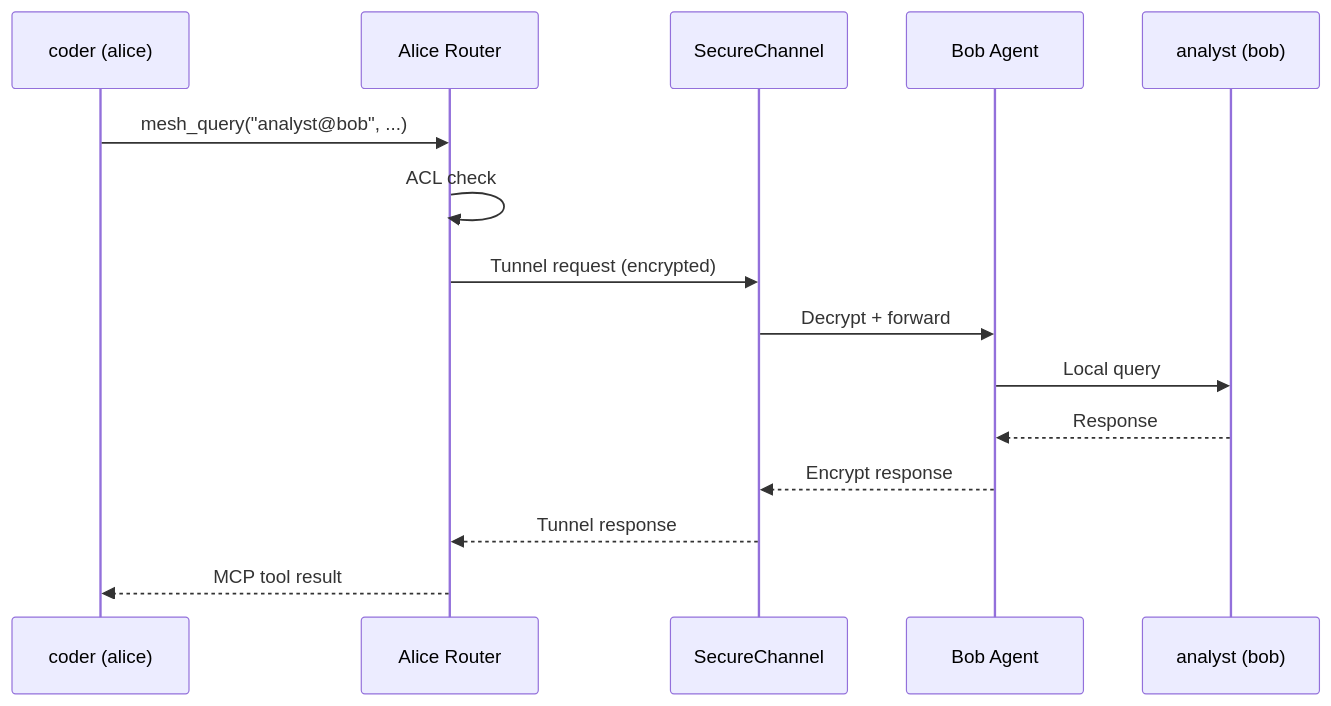
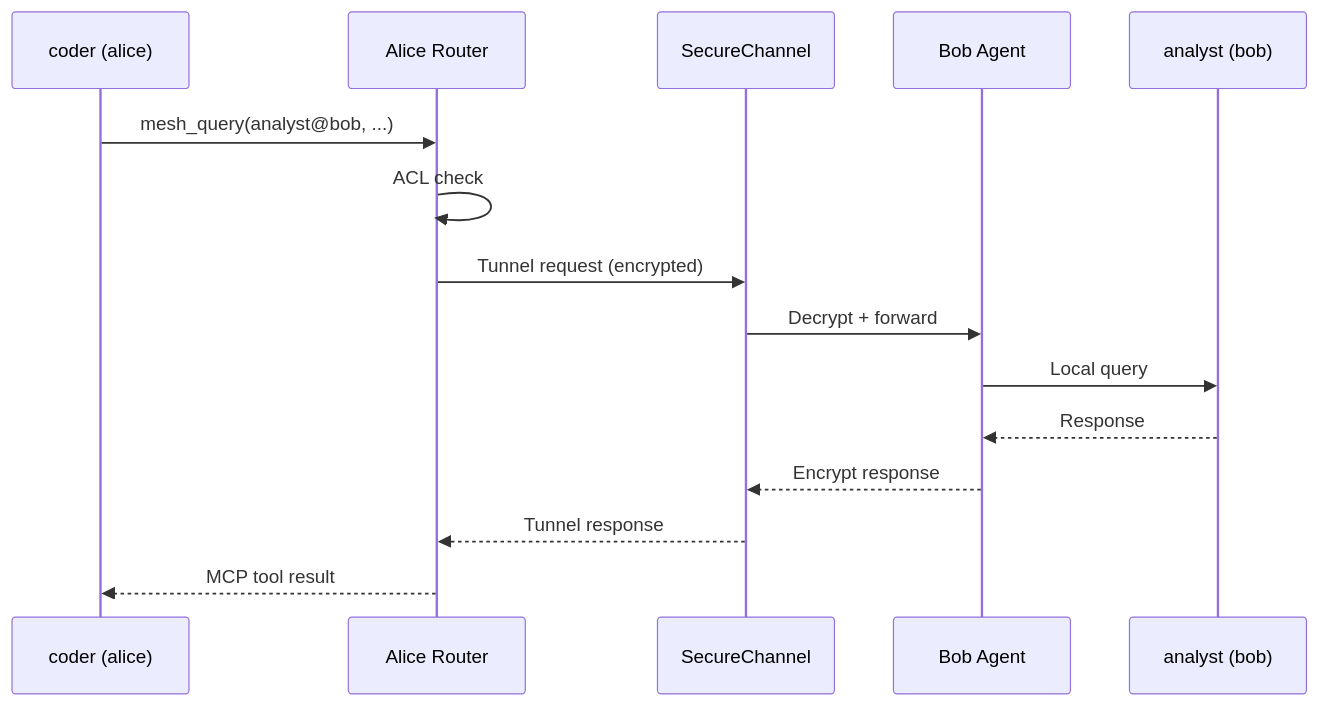
Before and after one commit to johnloveworld2022-ops/mecha.im: the third of 4 diagrams in website/docs/features/mesh-networking.md, drawn with Mermaid. The commit also changed other lines of this file and 16 other files, not shown here.

First line of the commit message:
docs: fix accuracy issues, mermaid v11 syntax, and casa command prefixes

````diff
--- a/website/docs/features/mesh-networking.md
+++ b/website/docs/features/mesh-networking.md
@@ -144,18 +139,18 @@
 ```mermaid
 sequenceDiagram
     participant coder as coder (alice)
     participant router as Alice Router
     participant channel as SecureChannel
     participant agent as Bob Agent
     participant analyst as analyst (bob)
 
-    coder->>router: mesh_query("analyst@bob", ...)
+    coder->>router: mesh_query(analyst@bob, ...)
     router->>router: ACL check
     router->>channel: Tunnel request (encrypted)
     channel->>agent: Decrypt + forward
     agent->>analyst: Local query
     analyst-->>agent: Response
     agent-->>channel: Encrypt response
     channel-->>router: Tunnel response
     router-->>coder: MCP tool result
 ```
````
